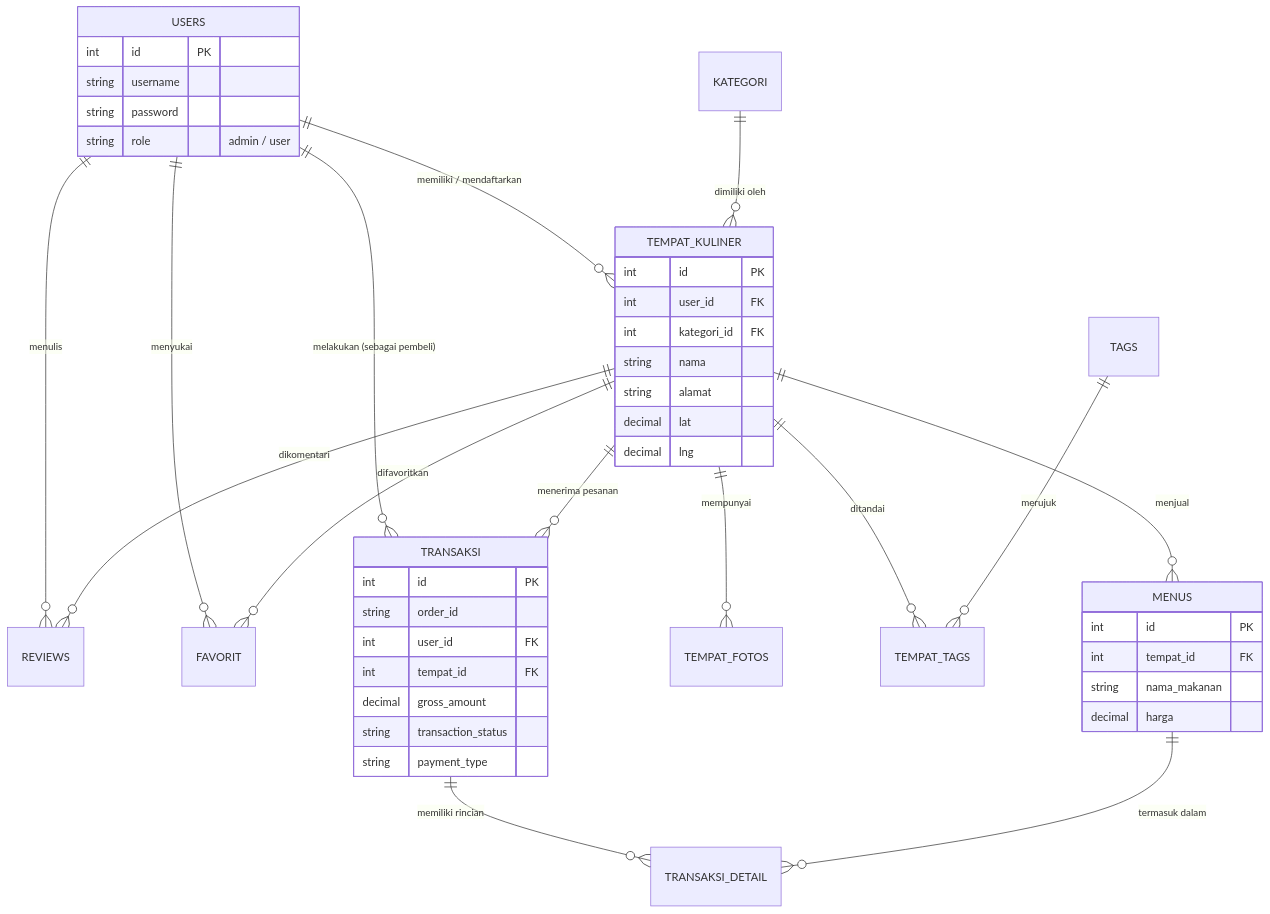
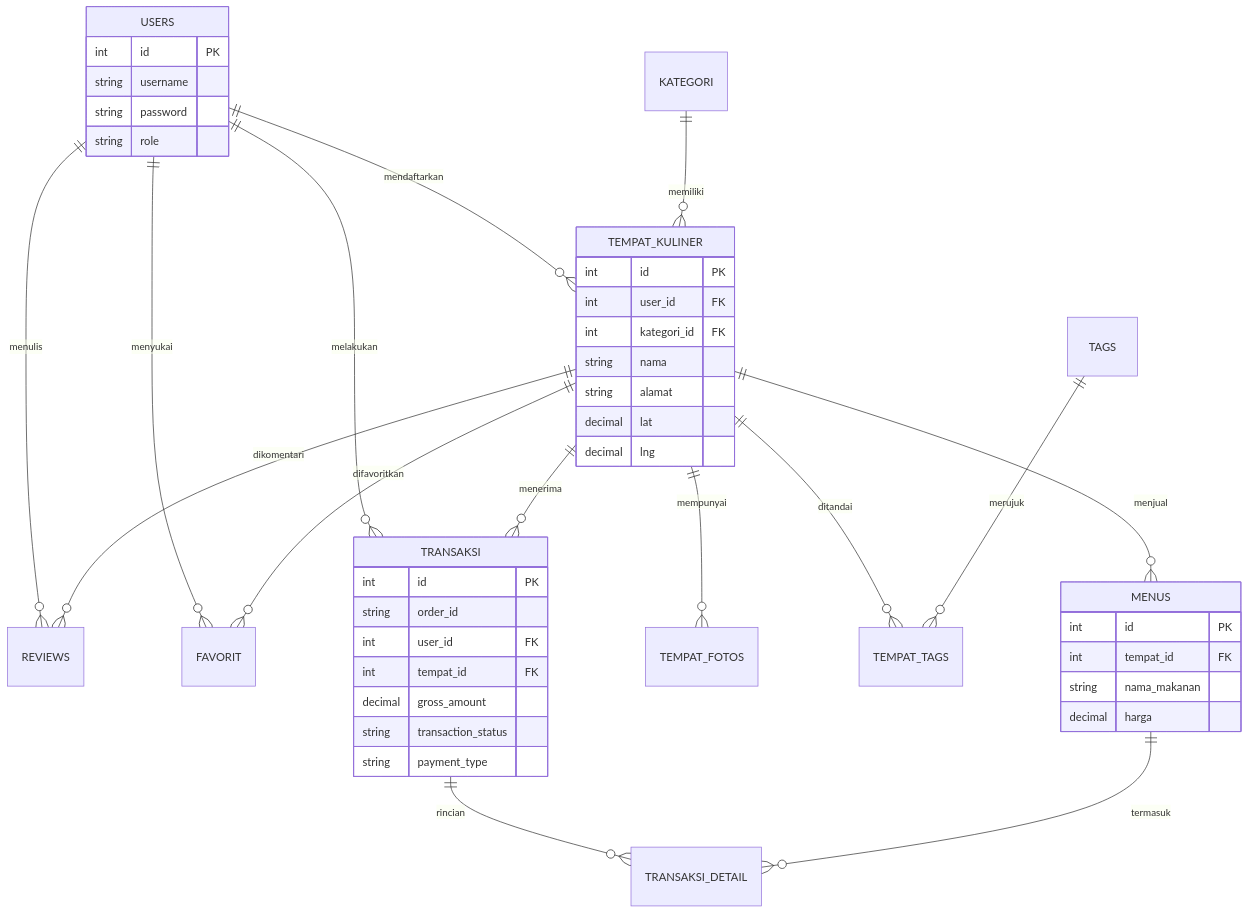
Before and after one commit to adianto25/PWL: the diagram in README.md, drawn with Mermaid.

Commit message:
fix: Memperbaiki sintaks Mermaid JS pada ERD agar bisa di-render oleh GitHub

````diff
--- a/README.md
+++ b/README.md
@@ -113,55 +113,55 @@
 ```mermaid
 erDiagram
-    USERS ||--o{ TEMPAT_KULINER : "memiliki / mendaftarkan"
-    USERS ||--o{ REVIEWS : "menulis"
-    USERS ||--o{ FAVORIT : "menyukai"
-    USERS ||--o{ TRANSAKSI : "melakukan (sebagai pembeli)"
+    USERS ||--o{ TEMPAT_KULINER : mendaftarkan
+    USERS ||--o{ REVIEWS : menulis
+    USERS ||--o{ FAVORIT : menyukai
+    USERS ||--o{ TRANSAKSI : melakukan
 
-    KATEGORI ||--o{ TEMPAT_KULINER : "dimiliki oleh"
+    KATEGORI ||--o{ TEMPAT_KULINER : memiliki
     
-    TEMPAT_KULINER ||--o{ TEMPAT_FOTOS : "mempunyai"
-    TEMPAT_KULINER ||--o{ TEMPAT_TAGS : "ditandai"
-    TEMPAT_KULINER ||--o{ MENUS : "menjual"
-    TEMPAT_KULINER ||--o{ REVIEWS : "dikomentari"
-    TEMPAT_KULINER ||--o{ FAVORIT : "difavoritkan"
-    TEMPAT_KULINER ||--o{ TRANSAKSI : "menerima pesanan"
+    TEMPAT_KULINER ||--o{ TEMPAT_FOTOS : mempunyai
+    TEMPAT_KULINER ||--o{ TEMPAT_TAGS : ditandai
+    TEMPAT_KULINER ||--o{ MENUS : menjual
+    TEMPAT_KULINER ||--o{ REVIEWS : dikomentari
+    TEMPAT_KULINER ||--o{ FAVORIT : difavoritkan
+    TEMPAT_KULINER ||--o{ TRANSAKSI : menerima
 
-    TAGS ||--o{ TEMPAT_TAGS : "merujuk"
+    TAGS ||--o{ TEMPAT_TAGS : merujuk
 
-    TRANSAKSI ||--o{ TRANSAKSI_DETAIL : "memiliki rincian"
-    MENUS ||--o{ TRANSAKSI_DETAIL : "termasuk dalam"
+    TRANSAKSI ||--o{ TRANSAKSI_DETAIL : rincian
+    MENUS ||--o{ TRANSAKSI_DETAIL : termasuk
 
     USERS {
         int id PK
         string username
         string password
-        string role "admin / user"
+        string role
     }
     
     TEMPAT_KULINER {
         int id PK
         int user_id FK
         int kategori_id FK
         string nama
         string alamat
         decimal lat
         decimal lng
     }
     
     MENUS {
         int id PK
         int tempat_id FK
         string nama_makanan
         decimal harga
     }
 
     TRANSAKSI {
         int id PK
         string order_id
         int user_id FK
         int tempat_id FK
         decimal gross_amount
         string transaction_status
         string payment_type
     }
 ```
````
